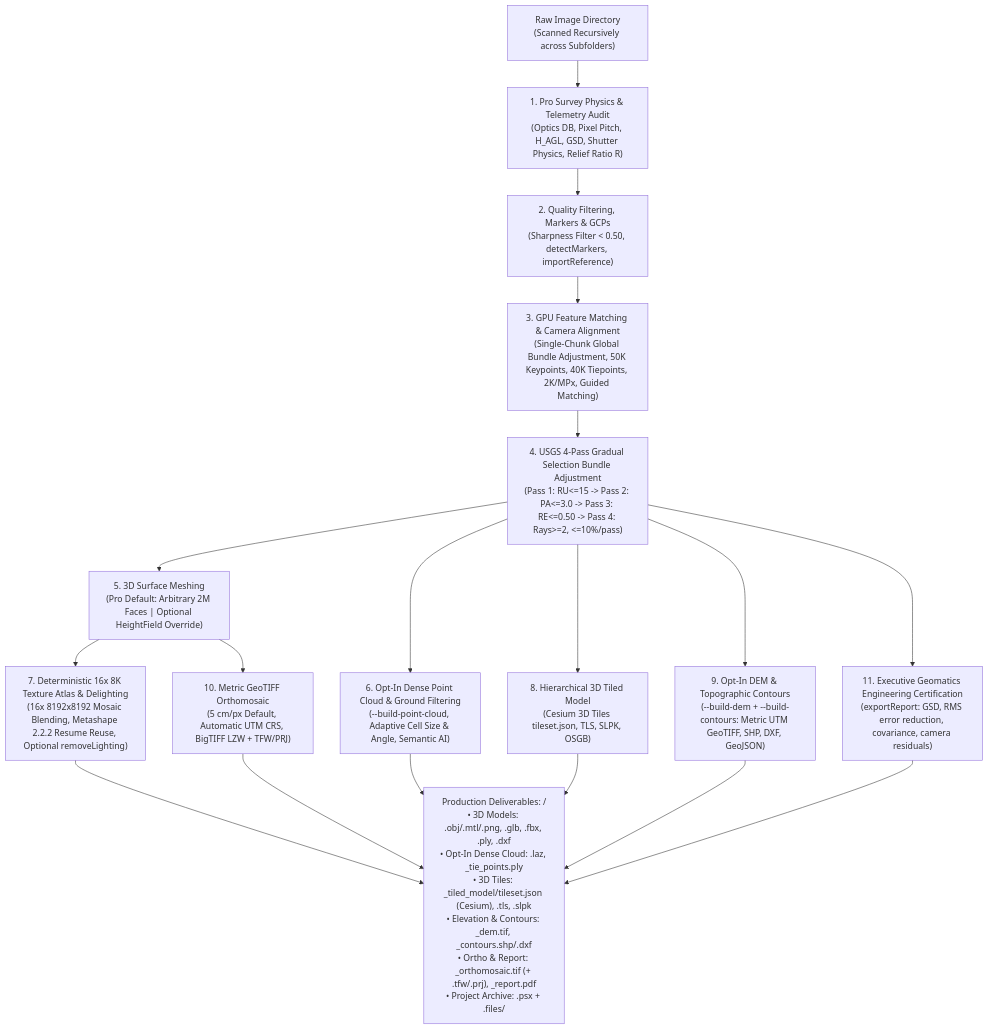
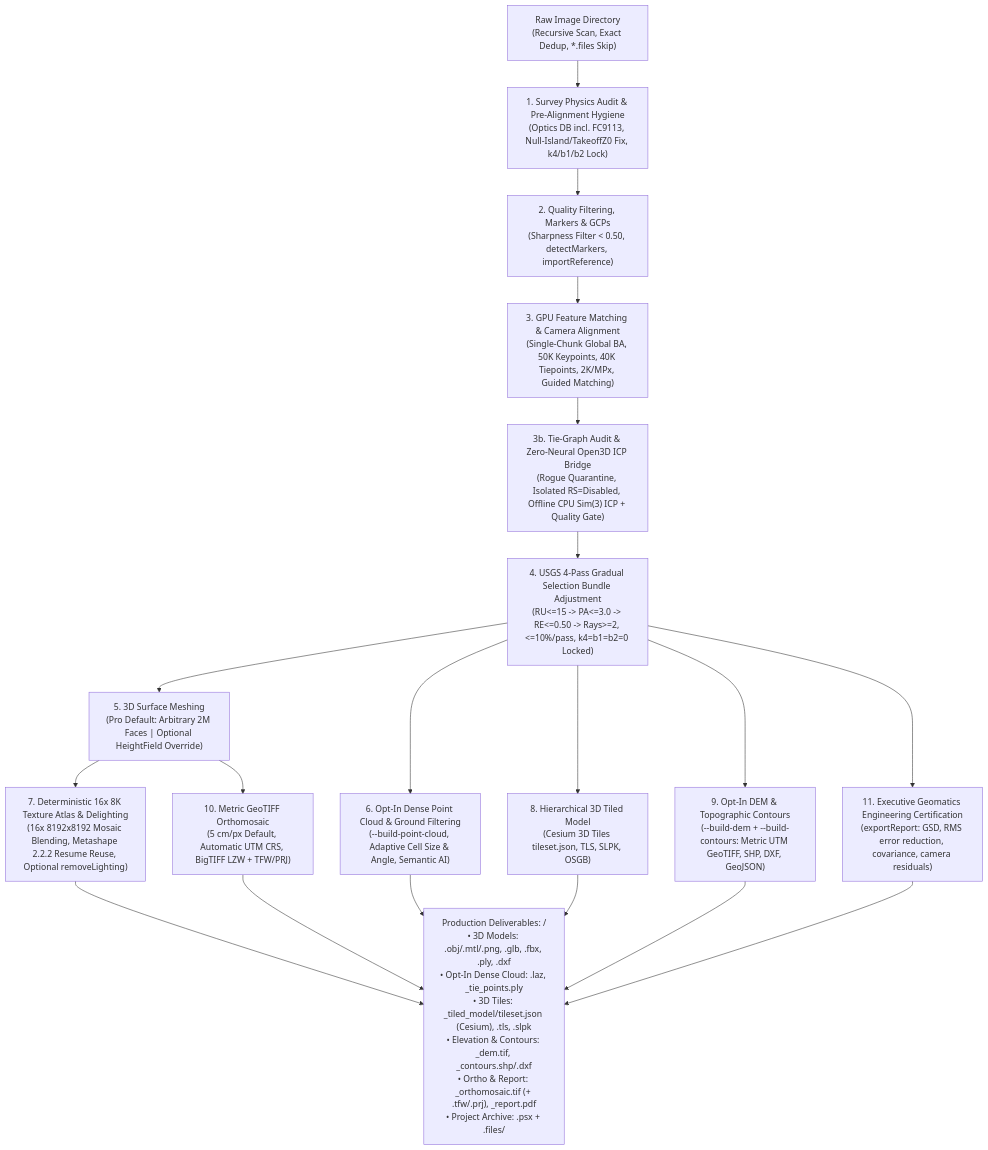
The diagram in skills/user/image-to-3d-model/SKILL.md (ngviettam82/AutoMetashape), drawn with Mermaid before and after one commit. The commit also changed other lines of this file and 9 other files, not shown here.

Commit message:
docs: Sync README, contributing guide, notices, and user skills with zero-neural alignment fix

````diff
--- a/skills/user/image-to-3d-model/SKILL.md
+++ b/skills/user/image-to-3d-model/SKILL.md
@@ -41,20 +42,21 @@
 ```mermaid
 flowchart TD
-    A["Raw Image Directory<br/>(Scanned Recursively across Subfolders)"] --> B["1. Pro Survey Physics & Telemetry Audit<br/>(Optics DB, Pixel Pitch, H_AGL, GSD, Shutter Physics, Relief Ratio R)"]
+    A["Raw Image Directory<br/>(Recursive Scan, Exact Dedup, *.files Skip)"] --> B["1. Survey Physics Audit & Pre-Alignment Hygiene<br/>(Optics DB incl. FC9113, Null-Island/TakeoffZ0 Fix, k4/b1/b2 Lock)"]
     B --> C["2. Quality Filtering, Markers & GCPs<br/>(Sharpness Filter < 0.50, detectMarkers, importReference)"]
-    C --> D["3. GPU Feature Matching & Camera Alignment<br/>(Single-Chunk Global Bundle Adjustment, 50K Keypoints, 40K Tiepoints, 2K/MPx, Guided Matching)"]
-    D --> E["4. USGS 4-Pass Gradual Selection Bundle Adjustment<br/>(Pass 1: RU<=15 -> Pass 2: PA<=3.0 -> Pass 3: RE<=0.50 -> Pass 4: Rays>=2, <=10%/pass)"]
+    C --> D["3. GPU Feature Matching & Camera Alignment<br/>(Single-Chunk Global BA, 50K Keypoints, 40K Tiepoints, 2K/MPx, Guided Matching)"]
+    D --> D2["3b. Tie-Graph Audit & Zero-Neural Open3D ICP Bridge<br/>(Rogue Quarantine, Isolated RS=Disabled, Offline CPU Sim(3) ICP + Quality Gate)"]
+    D2 --> E["4. USGS 4-Pass Gradual Selection Bundle Adjustment<br/>(RU<=15 -> PA<=3.0 -> RE<=0.50 -> Rays>=2, <=10%/pass, k4=b1=b2=0 Locked)"]
     E --> F["5. 3D Surface Meshing<br/>(Pro Default: Arbitrary 2M Faces | Optional HeightField Override)"]
     E --> G["6. Opt-In Dense Point Cloud & Ground Filtering<br/>(--build-point-cloud, Adaptive Cell Size & Angle, Semantic AI)"]
     F --> H["7. Deterministic 16x 8K Texture Atlas & Delighting<br/>(16x 8192x8192 Mosaic Blending, Metashape 2.2.2 Resume Reuse, Optional removeLighting)"]
     E --> I["8. Hierarchical 3D Tiled Model<br/>(Cesium 3D Tiles tileset.json, TLS, SLPK, OSGB)"]
     E --> J["9. Opt-In DEM & Topographic Contours<br/>(--build-dem + --build-contours: Metric UTM GeoTIFF, SHP, DXF, GeoJSON)"]
     F --> K["10. Metric GeoTIFF Orthomosaic<br/>(5 cm/px Default, Automatic UTM CRS, BigTIFF LZW + TFW/PRJ)"]
     E --> L["11. Executive Geomatics Engineering Certification<br/>(exportReport: GSD, RMS error reduction, covariance, camera residuals)"]
     G --> M["Production Deliverables: <output_dir>/<br/>• 3D Models: <project>.obj/.mtl/.png, <project>.glb, .fbx, .ply, .dxf<br/>• Opt-In Dense Cloud: <project>.laz, <project>_tie_points.ply<br/>• 3D Tiles: <project>_tiled_model/tileset.json (Cesium), .tls, .slpk<br/>• Elevation & Contours: <project>_dem.tif, <project>_contours.shp/.dxf<br/>• Ortho & Report: <project>_orthomosaic.tif (+ .tfw/.prj), <project>_report.pdf<br/>• Project Archive: <project>.psx + <project>.files/"]
     H --> M
     I --> M
     J --> M
     K --> M
     L --> M
 ```
````
